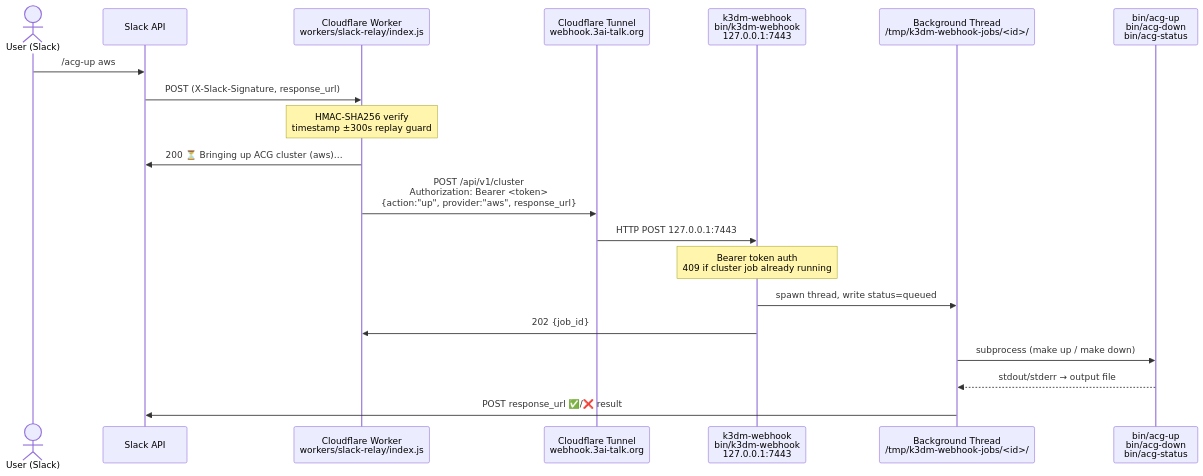
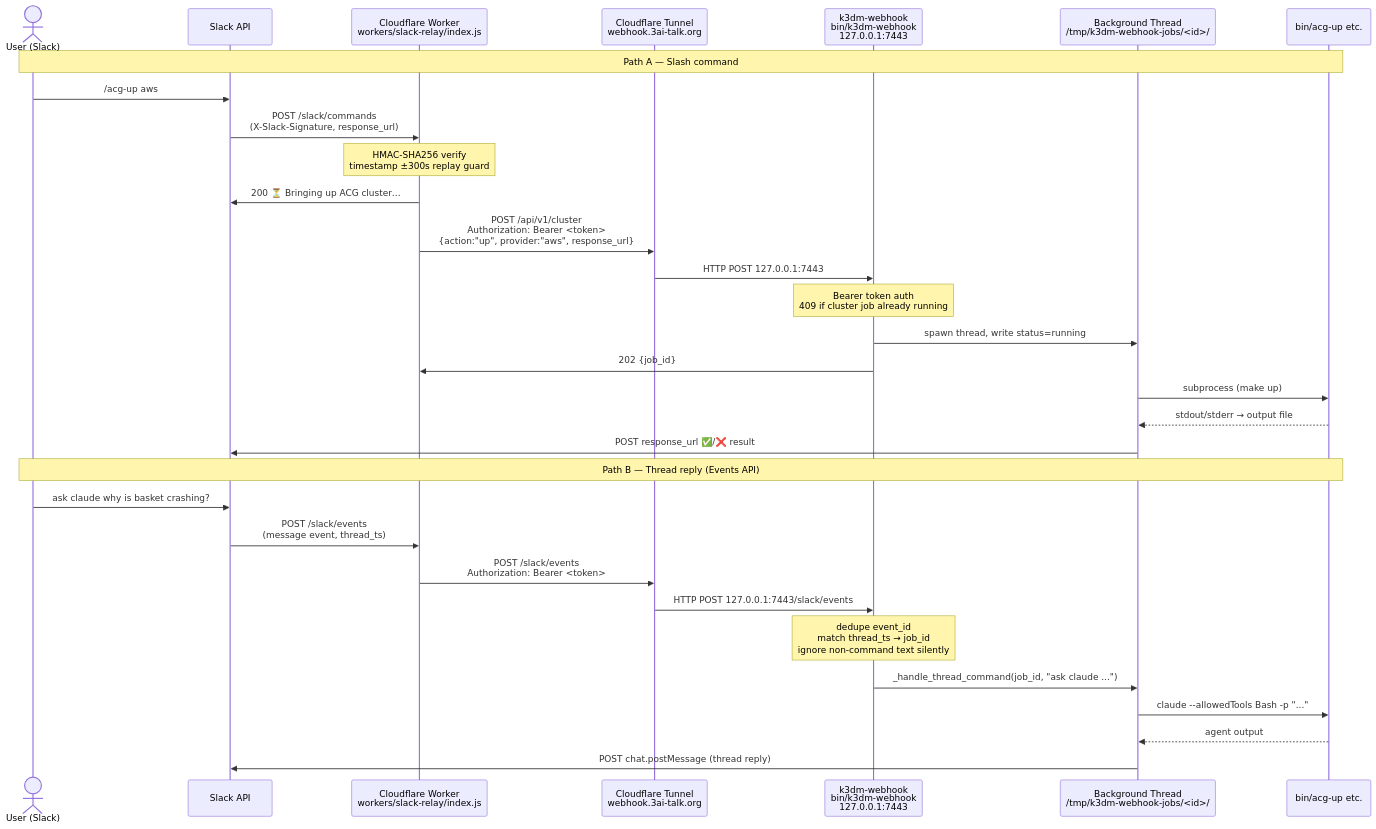
One commit to wilddog64/k3d-manager changed the second of 2 diagrams in docs/architecture/cloudflare-slack-relay.md. Above: the diagram before and after it, drawn with Mermaid. The commit also changed other lines of this file and 1 other file, not shown here.

Commit message:
docs(slack): update relay architecture + howto for current feature set

````diff
--- a/docs/architecture/cloudflare-slack-relay.md
+++ b/docs/architecture/cloudflare-slack-relay.md
@@ -68,23 +68,35 @@
 ```mermaid
 sequenceDiagram
     actor User as User (Slack)
     participant Slack as Slack API
     participant Worker as Cloudflare Worker<br/>workers/slack-relay/index.js
     participant Tunnel as Cloudflare Tunnel<br/>webhook.3ai-talk.org
     participant WH as k3dm-webhook<br/>bin/k3dm-webhook<br/>127.0.0.1:7443
     participant Job as Background Thread<br/>/tmp/k3dm-webhook-jobs/<id>/
-    participant Bin as bin/acg-up<br/>bin/acg-down<br/>bin/acg-status
+    participant Bin as bin/acg-up etc.
 
+    note over User,Bin: Path A — Slash command
     User->>Slack: /acg-up aws
-    Slack->>Worker: POST (X-Slack-Signature, response_url)
+    Slack->>Worker: POST /slack/commands<br/>(X-Slack-Signature, response_url)
     Note over Worker: HMAC-SHA256 verify<br/>timestamp ±300s replay guard
-    Worker->>Slack: 200 ⏳ Bringing up ACG cluster (aws)…
+    Worker->>Slack: 200 ⏳ Bringing up ACG cluster…
     Worker->>Tunnel: POST /api/v1/cluster<br/>Authorization: Bearer <token><br/>{action:"up", provider:"aws", response_url}
     Tunnel->>WH: HTTP POST 127.0.0.1:7443
     Note over WH: Bearer token auth<br/>409 if cluster job already running
-    WH->>Job: spawn thread, write status=queued
+    WH->>Job: spawn thread, write status=running
     WH->>Worker: 202 {job_id}
-    Job->>Bin: subprocess (make up / make down)
+    Job->>Bin: subprocess (make up)
     Bin-->>Job: stdout/stderr → output file
     Job->>Slack: POST response_url ✅/❌ result
+
+    note over User,Bin: Path B — Thread reply (Events API)
+    User->>Slack: ask claude why is basket crashing?
+    Slack->>Worker: POST /slack/events<br/>(message event, thread_ts)
+    Worker->>Tunnel: POST /slack/events<br/>Authorization: Bearer <token>
+    Tunnel->>WH: HTTP POST 127.0.0.1:7443/slack/events
+    Note over WH: dedupe event_id<br/>match thread_ts → job_id<br/>ignore non-command text silently
+    WH->>Job: _handle_thread_command(job_id, "ask claude ...")
+    Job->>Bin: claude --allowedTools Bash -p "..."
+    Bin-->>Job: agent output
+    Job->>Slack: POST chat.postMessage (thread reply)
 ```
````
